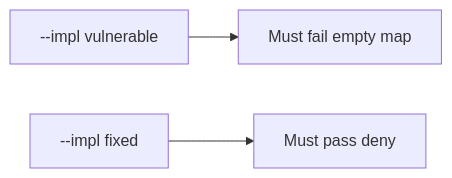
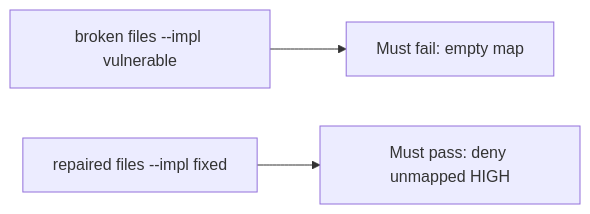
One commit to ishitvagoel/LearnSecurity changed the diagram in content/modules/9/9.4/lessons/05-verify.md. Above: the diagram before and after it, drawn with Mermaid. The commit also changed other lines of this file and 39 other files, not shown here.

````diff
--- a/content/modules/9/9.4/lessons/05-verify.md
+++ b/content/modules/9/9.4/lessons/05-verify.md
@@ -15,5 +14,5 @@
 ```mermaid
 flowchart LR
-  V["--impl vulnerable"] --> F["Must fail empty map"]
-  X["--impl fixed"] --> P["Must pass deny"]
+  V["broken files --impl vulnerable"] --> F[Must fail: empty map]
+  X["repaired files --impl fixed"] --> P[Must pass: deny unmapped HIGH]
 ```
````
